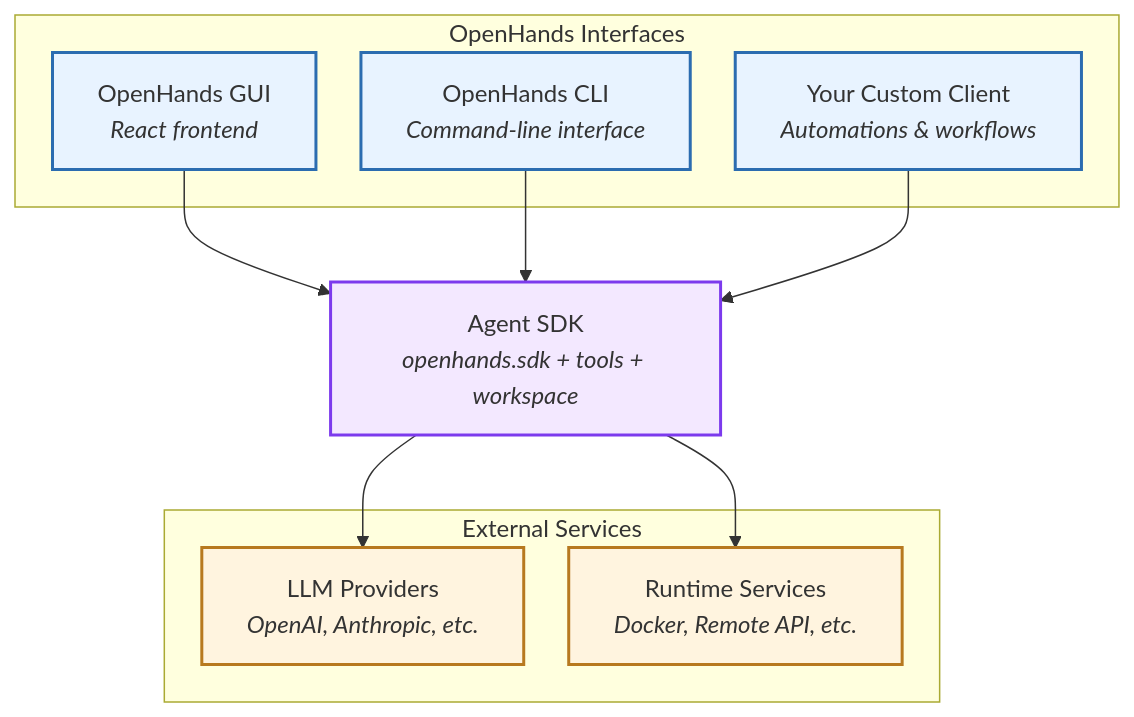
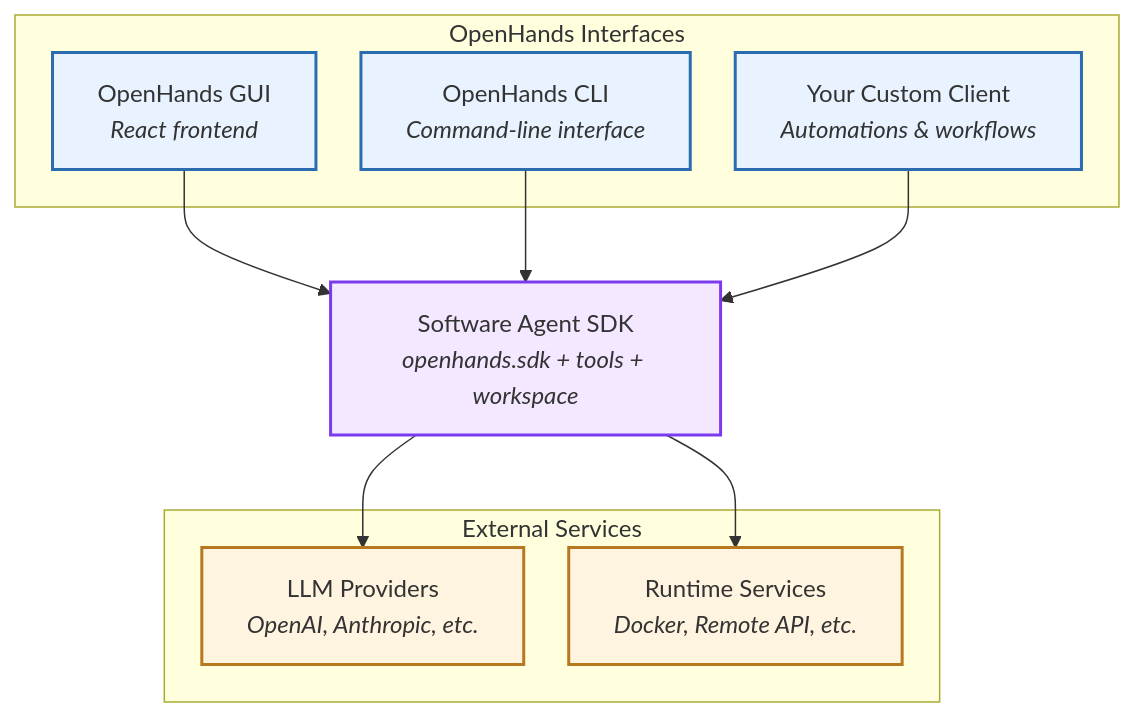
The first of 5 diagrams in sdk/arch/overview.mdx (OpenHands/docs), drawn with Mermaid before and after one commit. The commit also changed other lines of this file and 8 other files, not shown here.

First line of the commit message:
Rename 'Agent SDK' to 'Software Agent SDK' within sdk/ directory

````diff
--- a/sdk/arch/overview.mdx
+++ b/sdk/arch/overview.mdx
@@ -17,31 +17,31 @@
 ```mermaid
 %%{init: {"theme": "default", "flowchart": {"nodeSpacing": 30, "rankSpacing": 50}} }%%
 graph TB
     subgraph Interfaces["OpenHands Interfaces"]
         UI[OpenHands GUI<br><i>React frontend</i>]
         CLI[OpenHands CLI<br><i>Command-line interface</i>]
         Custom[Your Custom Client<br><i>Automations & workflows</i>]
     end
 
-    SDK[Agent SDK<br><i>openhands.sdk + tools + workspace</i>]
+    SDK[Software Agent SDK<br><i>openhands.sdk + tools + workspace</i>]
     
     subgraph External["External Services"]
         LLM[LLM Providers<br><i>OpenAI, Anthropic, etc.</i>]
         Runtime[Runtime Services<br><i>Docker, Remote API, etc.</i>]
     end
 
     UI --> SDK
     CLI --> SDK
     Custom --> SDK
     
     SDK --> LLM
     SDK --> Runtime
     
     classDef interface fill:#e8f3ff,stroke:#2b6cb0,stroke-width:2px
     classDef sdk fill:#f3e8ff,stroke:#7c3aed,stroke-width:2px
     classDef external fill:#fff4df,stroke:#b7791f,stroke-width:2px
     
     class UI,CLI,Custom interface
     class SDK sdk
     class LLM,Runtime external
 ```
````
